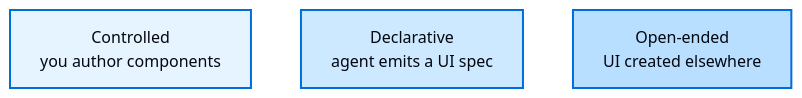
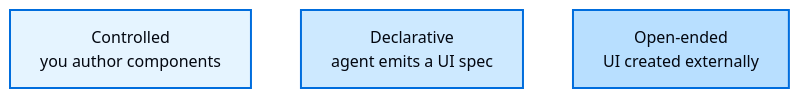
The diagram in src/oss/langchain/frontend/generative-ui-overview.mdx (langchain-ai/docs), drawn with Mermaid before and after one commit.

Commit message:
docs(langchain): equalize open-ended spectrum box height
Restore the open-ended node descriptor to 21 characters ('UI created
externally') so all three boxes render the same width and height in the
monospace mermaid font (the 20-char 'UI created elsewhere' rendered shorter).

````diff
--- a/src/oss/langchain/frontend/generative-ui-overview.mdx
+++ b/src/oss/langchain/frontend/generative-ui-overview.mdx
@@ -23,23 +23,23 @@
 ```mermaid
 %%{
   init: {
     "fontFamily": "monospace",
     "flowchart": {
       "curve": "curve"
     }
   }
 }%%
 graph LR
   C["Controlled<br/>you author components"]
   D["Declarative<br/>agent emits a UI spec"]
-  O["Open-ended<br/>UI created elsewhere"]
+  O["Open-ended<br/>UI created externally"]
 
   C ~~~ D ~~~ O
 
   classDef light fill:#E5F4FF,stroke:#006DDD,stroke-width:2px,color:#030710;
   classDef mid fill:#CDE9FF,stroke:#006DDD,stroke-width:2px,color:#030710;
   classDef deep fill:#B8DFFF,stroke:#006DDD,stroke-width:2px,color:#030710;
   class C light;
   class D mid;
   class O deep;
 ```
````
